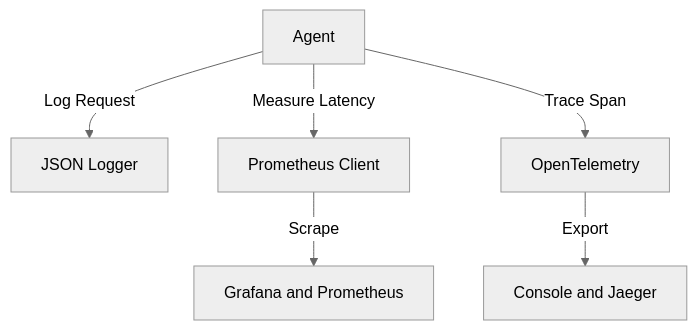
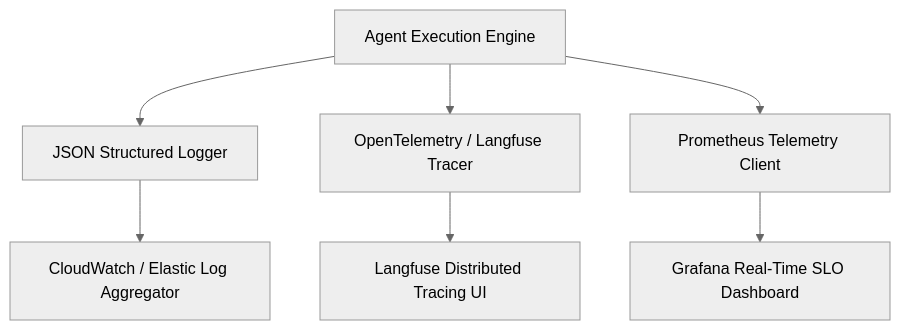
Before and after one commit to sricheru/agentic-ai-portfolio: diagram 19 of 20 in genai_enterprise_usecases/ARCHITECTURE_GUIDE.md, drawn with Mermaid (neutral theme). The commit also changed other lines of this file, not shown here.

Commit message:
fix(mermaid): resolve dagre-d3 edge collision in all 20 diagrams

````diff
--- a/genai_enterprise_usecases/ARCHITECTURE_GUIDE.md
+++ b/genai_enterprise_usecases/ARCHITECTURE_GUIDE.md
@@ -422,8 +426,9 @@
 ```mermaid
 graph TD
-    Agent -->|Log Request| Logger[JSON Logger]
-    Agent -->|Measure Latency| Metrics[Prometheus Client]
-    Agent -->|Trace Span| Tracer[OpenTelemetry]
-    Metrics -->|Scrape| dashboard["Grafana and Prometheus"]
-    Tracer -->|Export| Jaeger["Console and Jaeger"]
+    AgentApp["Agent Execution Engine"] --> Logger["JSON Structured Logger"]
+    AgentApp --> Tracer["OpenTelemetry / Langfuse Tracer"]
+    AgentApp --> Metrics["Prometheus Telemetry Client"]
+    Logger --> LogAggregator["CloudWatch / Elastic Log Aggregator"]
+    Tracer --> LangfuseUI["Langfuse Distributed Tracing UI"]
+    Metrics --> Grafana["Grafana Real-Time SLO Dashboard"]
 ```
````
